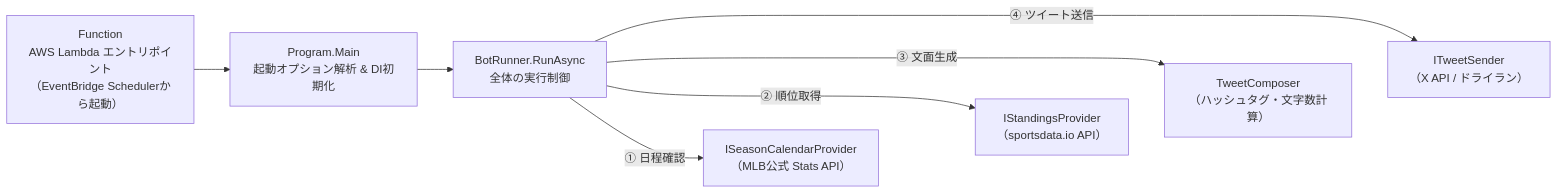
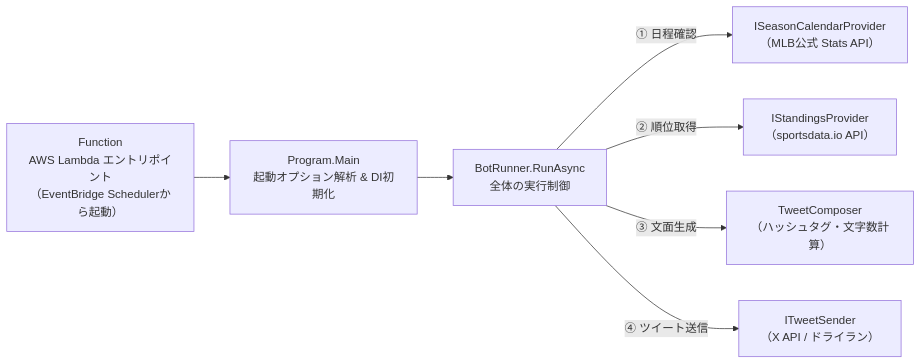
One commit to shin4488/MlbBot changed the second of 7 diagrams in docs/development.md. Above: the diagram before and after it, drawn with Mermaid. The commit also changed other lines of this file, not shown here.

First line of the commit message:
Revert "docs: Mermaid図で①を②の上、③を④の上の配置に固定"

````diff
--- a/docs/development.md
+++ b/docs/development.md
@@ -90,15 +90,13 @@
 ```mermaid
 flowchart LR
     F["Function<br>AWS Lambda エントリポイント<br>（EventBridge Schedulerから起動）"] --> P["Program.Main<br>起動オプション解析 & DI初期化"]
     P --> R["BotRunner.RunAsync<br>全体の実行制御"]
     R -->|① 日程確認| Cal["ISeasonCalendarProvider<br>（MLB公式 Stats API）"]
     R -->|② 順位取得| Std["IStandingsProvider<br>（sportsdata.io API）"]
     R -->|③ 文面生成| Comp["TweetComposer<br>（ハッシュタグ・文字数計算）"]
     R -->|④ ツイート送信| Send["ITweetSender<br>（X API / ドライラン）"]
 
-    Cal ~~~ Std ~~~ Comp ~~~ Send
-
     click F "../TwitterMlbBotExecution/src/TwitterMlbBotExecution/Function.cs"
     click P "../TwitterMlbBot/Program.cs"
     click R "../TwitterMlbBot/BotRunner.cs"
 ```
````
